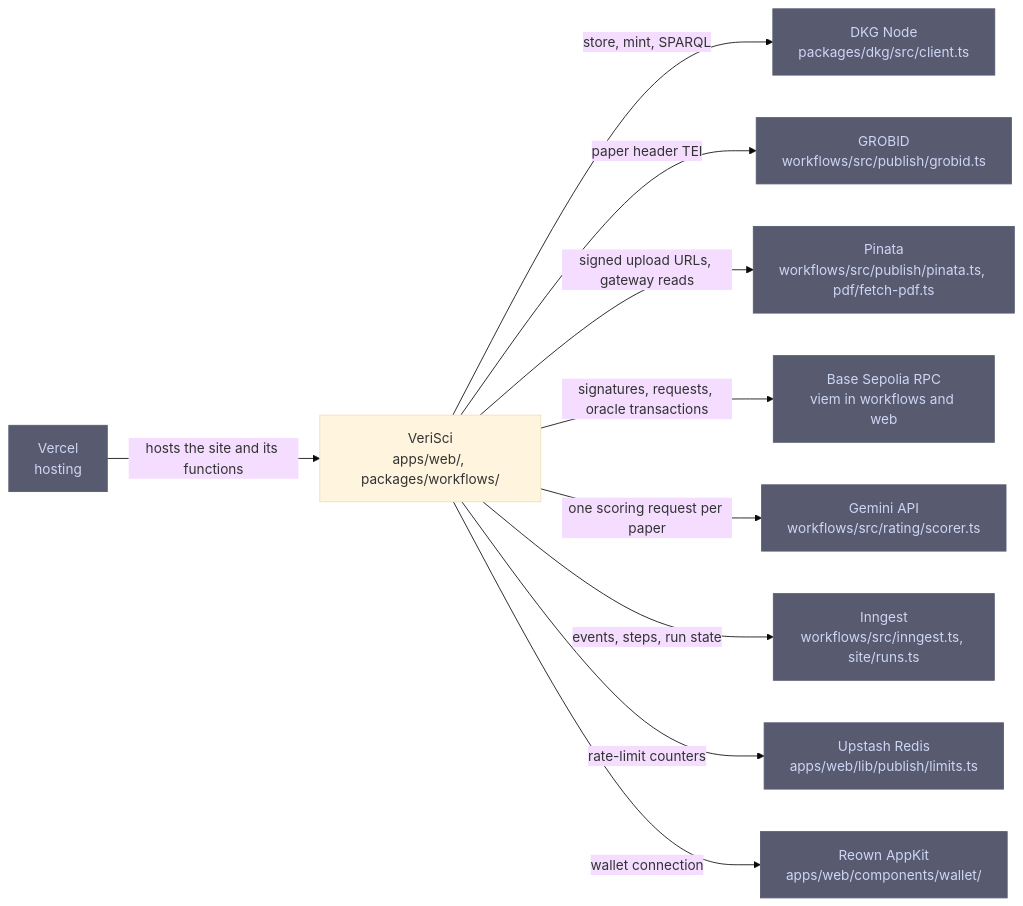
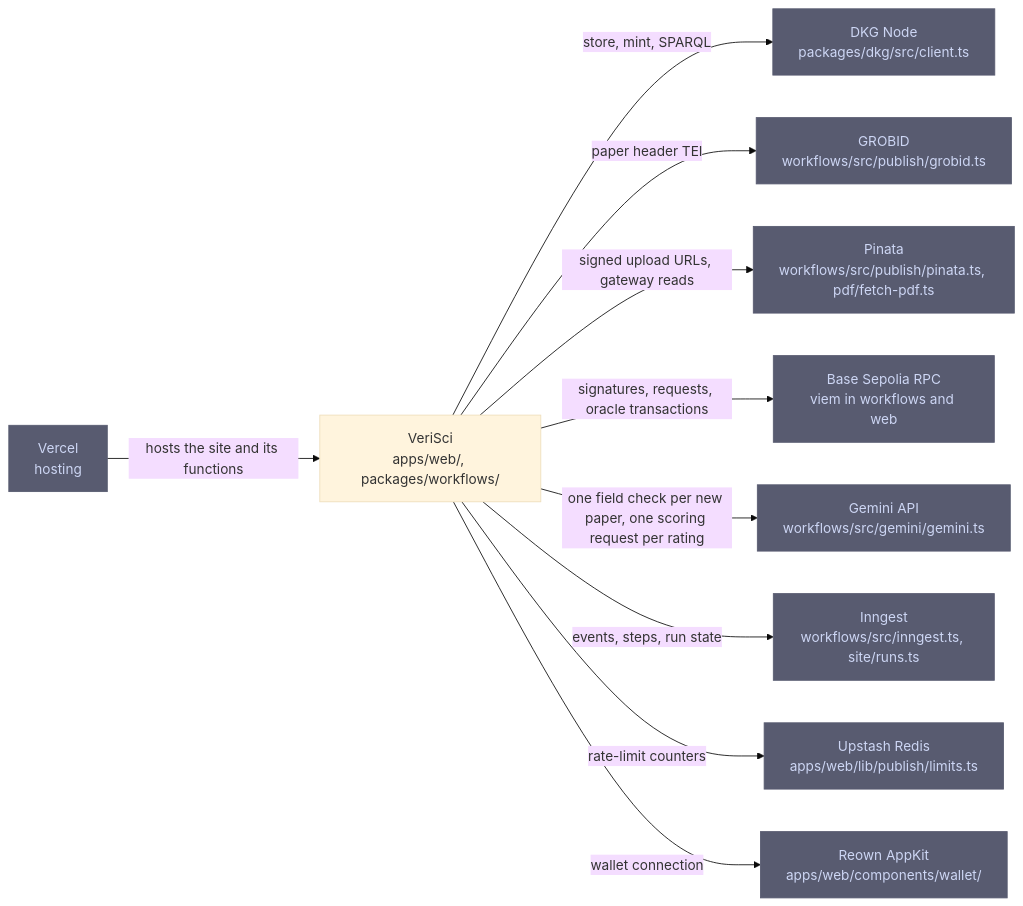
Before and after one commit to SiegfriedBz/labstrail: the diagram in .omm/external-integrations/diagram.mmd, drawn with Mermaid (base theme). The commit also changed 130 other files, not shown here.

```diff
--- a/.omm/external-integrations/diagram.mmd
+++ b/.omm/external-integrations/diagram.mmd
@@ -1,12 +1,12 @@
 graph LR
     verisci["VeriSci\napps/web/, packages/workflows/"] -->|"store, mint, SPARQL"| dkg-node["DKG Node\npackages/dkg/src/client.ts"]
     verisci -->|"paper header TEI"| grobid["GROBID\nworkflows/src/publish/grobid.ts"]
     verisci -->|"signed upload URLs, gateway reads"| pinata["Pinata\nworkflows/src/publish/pinata.ts, pdf/fetch-pdf.ts"]
     verisci -->|"signatures, requests, oracle transactions"| base-rpc["Base Sepolia RPC\nviem in workflows and web"]
-    verisci -->|"one scoring request per paper"| gemini["Gemini API\nworkflows/src/rating/scorer.ts"]
+    verisci -->|"one field check per new paper, one scoring request per rating"| gemini["Gemini API\nworkflows/src/gemini/gemini.ts"]
     verisci -->|"events, steps, run state"| inngest["Inngest\nworkflows/src/inngest.ts, site/runs.ts"]
     verisci -->|"rate-limit counters"| upstash["Upstash Redis\napps/web/lib/publish/limits.ts"]
     verisci -->|"wallet connection"| reown["Reown AppKit\napps/web/components/wallet/"]
     vercel["Vercel\nhosting"] -->|"hosts the site and its functions"| verisci
     classDef external fill:#585b70,stroke:#585b70,color:#cdd6f4
     class dkg-node,grobid,pinata,base-rpc,gemini,inngest,upstash,reown,vercel external
```
